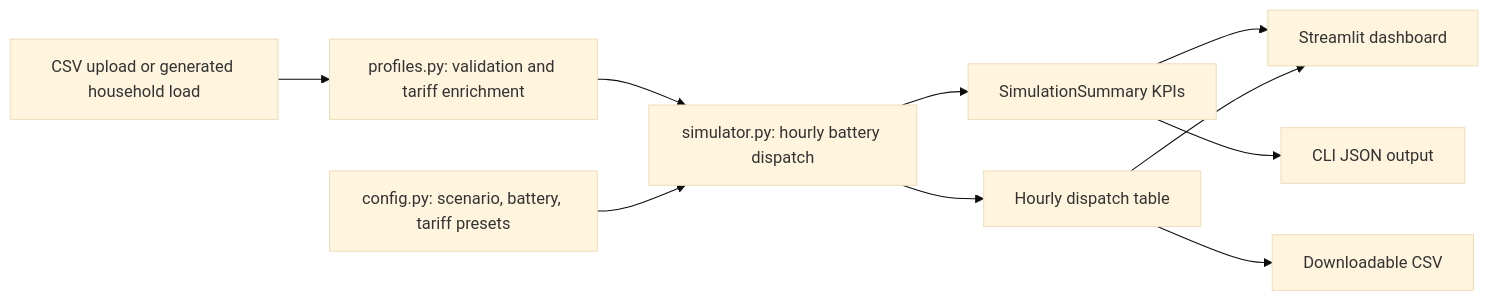
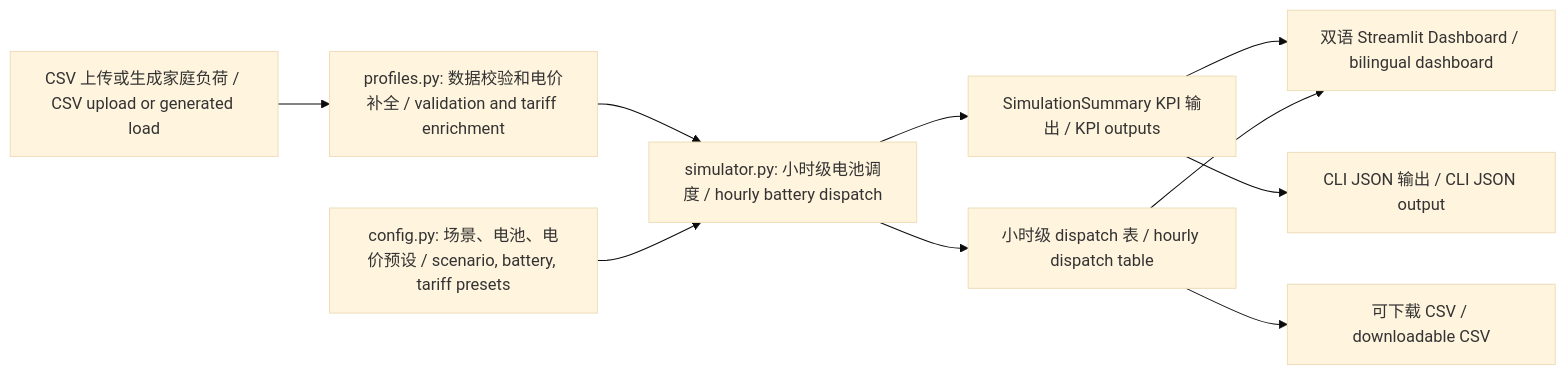
Before and after one commit to ZiruiWang2021/revolt-second-life-battery-simulator: the diagram in README.md, drawn with Mermaid (base theme). The commit also changed other lines of this file and 11 other files, not shown here.

Commit message:
Add bilingual project documentation and dashboard

````diff
--- a/README.md
+++ b/README.md
@@ -99,12 +117,12 @@
 ```mermaid
 flowchart LR
-    A["CSV upload or generated household load"] --> B["profiles.py: validation and tariff enrichment"]
-    B --> C["simulator.py: hourly battery dispatch"]
-    D["config.py: scenario, battery, tariff presets"] --> C
-    C --> E["SimulationSummary KPIs"]
-    C --> F["Hourly dispatch table"]
-    E --> G["Streamlit dashboard"]
+    A["CSV 上传或生成家庭负荷 / CSV upload or generated load"] --> B["profiles.py: 数据校验和电价补全 / validation and tariff enrichment"]
+    B --> C["simulator.py: 小时级电池调度 / hourly battery dispatch"]
+    D["config.py: 场景、电池、电价预设 / scenario, battery, tariff presets"] --> C
+    C --> E["SimulationSummary KPI 输出 / KPI outputs"]
+    C --> F["小时级 dispatch 表 / hourly dispatch table"]
+    E --> G["双语 Streamlit Dashboard / bilingual dashboard"]
     F --> G
-    E --> H["CLI JSON output"]
-    F --> I["Downloadable CSV"]
+    E --> H["CLI JSON 输出 / CLI JSON output"]
+    F --> I["可下载 CSV / downloadable CSV"]
 ```
````
